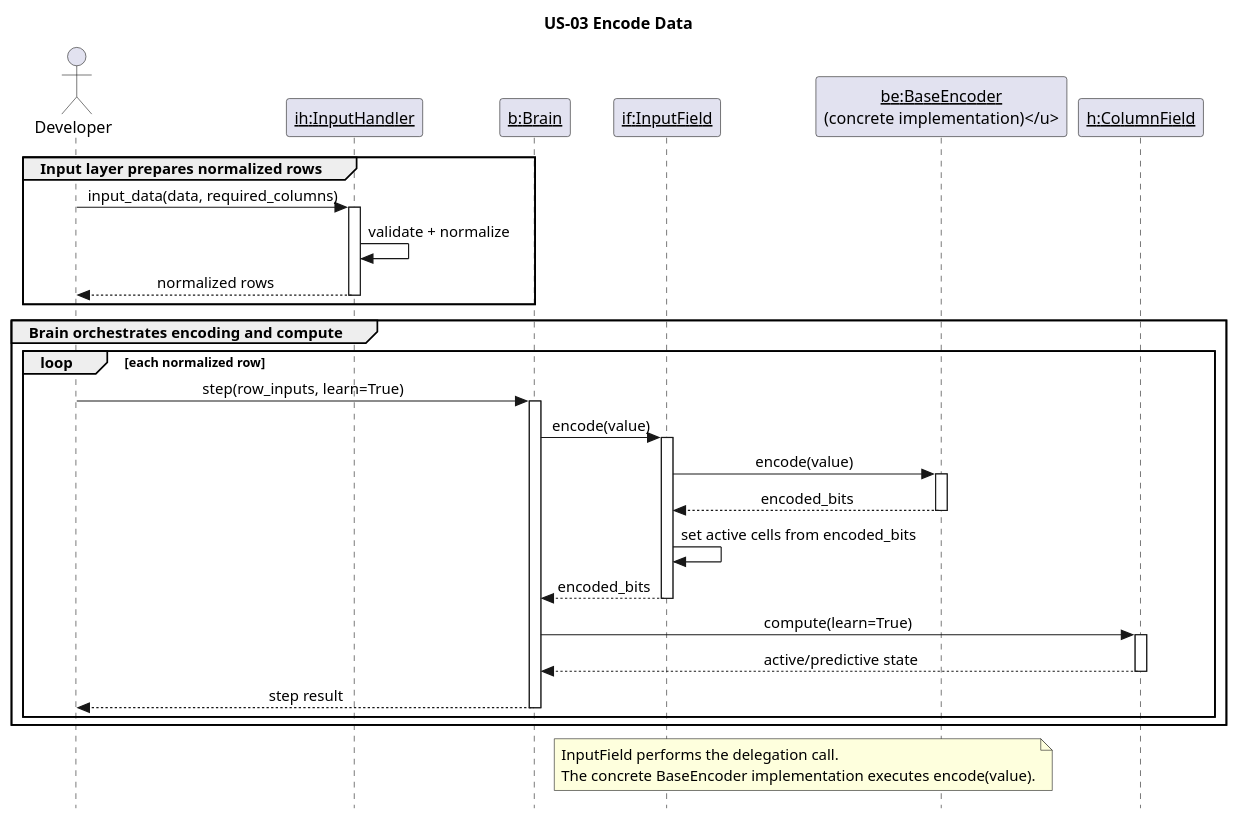
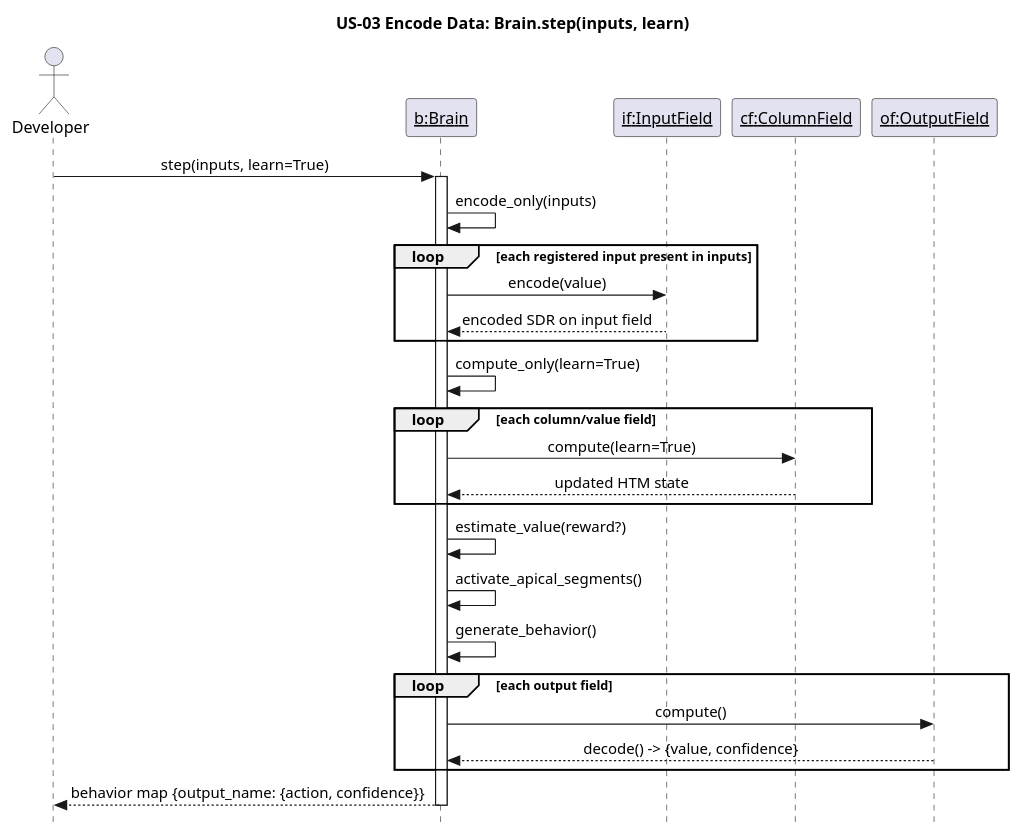
The diagram in docs/puml/US/us-03.puml (egrembocki/htmrl), drawn with PlantUML before and after one commit. The commit also changed 10 other files, not shown here.

Commit message:
Update US sequence diagrams to match current runtime code paths

```diff
--- a/docs/puml/US/us-03.puml
+++ b/docs/puml/US/us-03.puml
@@ -1,52 +1,38 @@
 @startuml
 skinparam style strictuml
 skinparam sequenceMessageAlign center
 skinparam responseMessageBelowArrow true
 
-title US-03 Encode Data
+title US-03 Encode Data: Brain.step(inputs, learn)
 
 actor Developer
-participant "<u>ih:InputHandler</u>" as IH
 participant "<u>b:Brain</u>" as B
 participant "<u>if:InputField</u>" as IF
-participant "<u>be:BaseEncoder\n(concrete implementation)</u>" as BE
-participant "<u>h:ColumnField</u>" as H
+participant "<u>cf:ColumnField</u>" as CF
+participant "<u>of:OutputField</u>" as OF
 
-group Input layer prepares normalized rows
-  Developer -> IH: input_data(data, required_columns)
-  activate IH
-  IH -> IH: validate + normalize
-  IH --> Developer: normalized rows
-  deactivate IH
+Developer -> B: step(inputs, learn=True)
+activate B
+B -> B: encode_only(inputs)
+loop each registered input present in inputs
+  B -> IF: encode(value)
+  IF --> B: encoded SDR on input field
 end
 
-group Brain orchestrates encoding and compute
-  loop each normalized row
-    Developer -> B: step(row_inputs, learn=True)
-    activate B
-
-    B -> IF: encode(value)
-    activate IF
-    IF -> BE: encode(value)
-    activate BE
-    BE --> IF: encoded_bits
-    deactivate BE
-    IF -> IF: set active cells from encoded_bits
-    IF --> B: encoded_bits
-    deactivate IF
-
-    B -> H: compute(learn=True)
-    activate H
-    H --> B: active/predictive state
-    deactivate H
-
-    B --> Developer: step result
-    deactivate B
-  end
+B -> B: compute_only(learn=True)
+loop each column/value field
+  B -> CF: compute(learn=True)
+  CF --> B: updated HTM state
 end
 
-note over IF,BE
-InputField performs the delegation call.
-The concrete BaseEncoder implementation executes encode(value).
-end note
+B -> B: estimate_value(reward?)
+B -> B: activate_apical_segments()
+B -> B: generate_behavior()
+loop each output field
+  B -> OF: compute()
+  OF --> B: decode() -> {value, confidence}
+end
+
+B --> Developer: behavior map {output_name: {action, confidence}}
+deactivate B
 @enduml
```
